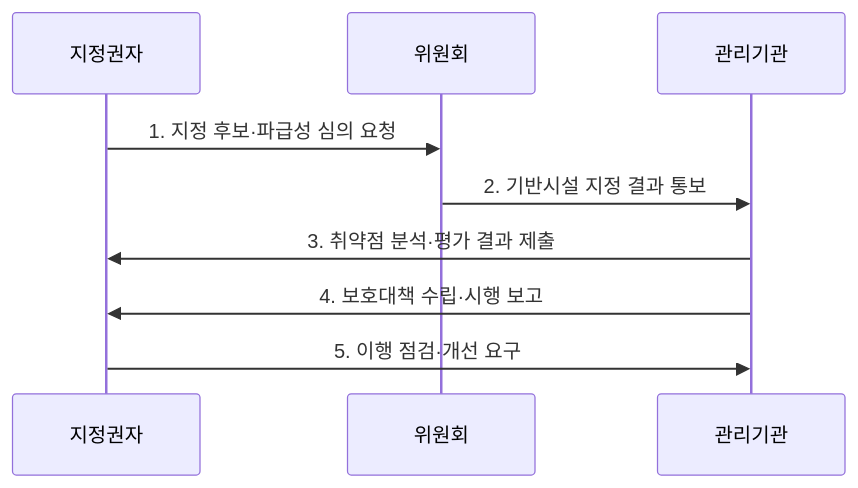
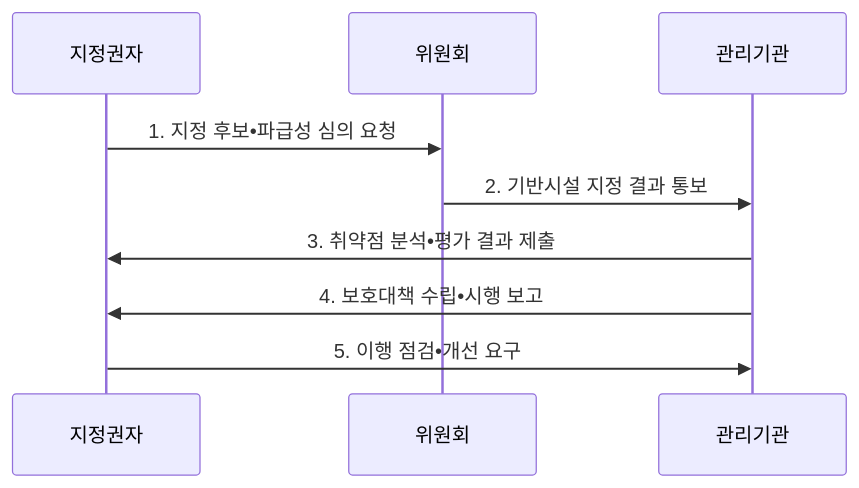
Before and after one commit to agnusdei1207/knowledge-base: the second of 2 diagrams in src/content/docs/notes/07-law-policy/025_critical_infrastructure_protection_act.md, drawn with Mermaid. The commit also changed other lines of this file and 953 other files, not shown here.

````diff
--- a/src/content/docs/notes/07-law-policy/025_critical_infrastructure_protection_act.md
+++ b/src/content/docs/notes/07-law-policy/025_critical_infrastructure_protection_act.md
@@ -102,11 +102,11 @@
 ```mermaid
 sequenceDiagram
     participant 지정권자
     participant 위원회
     participant 관리기관
-    지정권자->>위원회: 1. 지정 후보·파급성 심의 요청
+    지정권자->>위원회: 1. 지정 후보•파급성 심의 요청
     위원회->>관리기관: 2. 기반시설 지정 결과 통보
-    관리기관->>지정권자: 3. 취약점 분석·평가 결과 제출
-    관리기관->>지정권자: 4. 보호대책 수립·시행 보고
-    지정권자->>관리기관: 5. 이행 점검·개선 요구
+    관리기관->>지정권자: 3. 취약점 분석•평가 결과 제출
+    관리기관->>지정권자: 4. 보호대책 수립•시행 보고
+    지정권자->>관리기관: 5. 이행 점검•개선 요구
 ```
````
